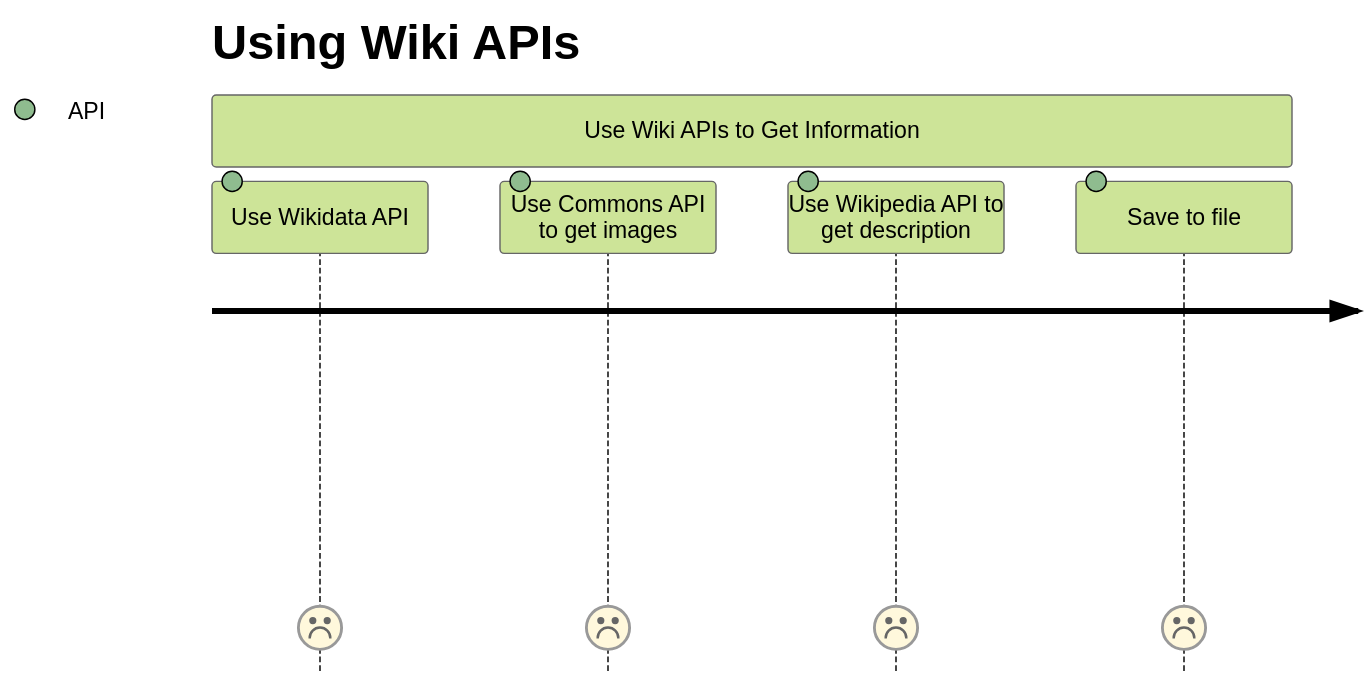
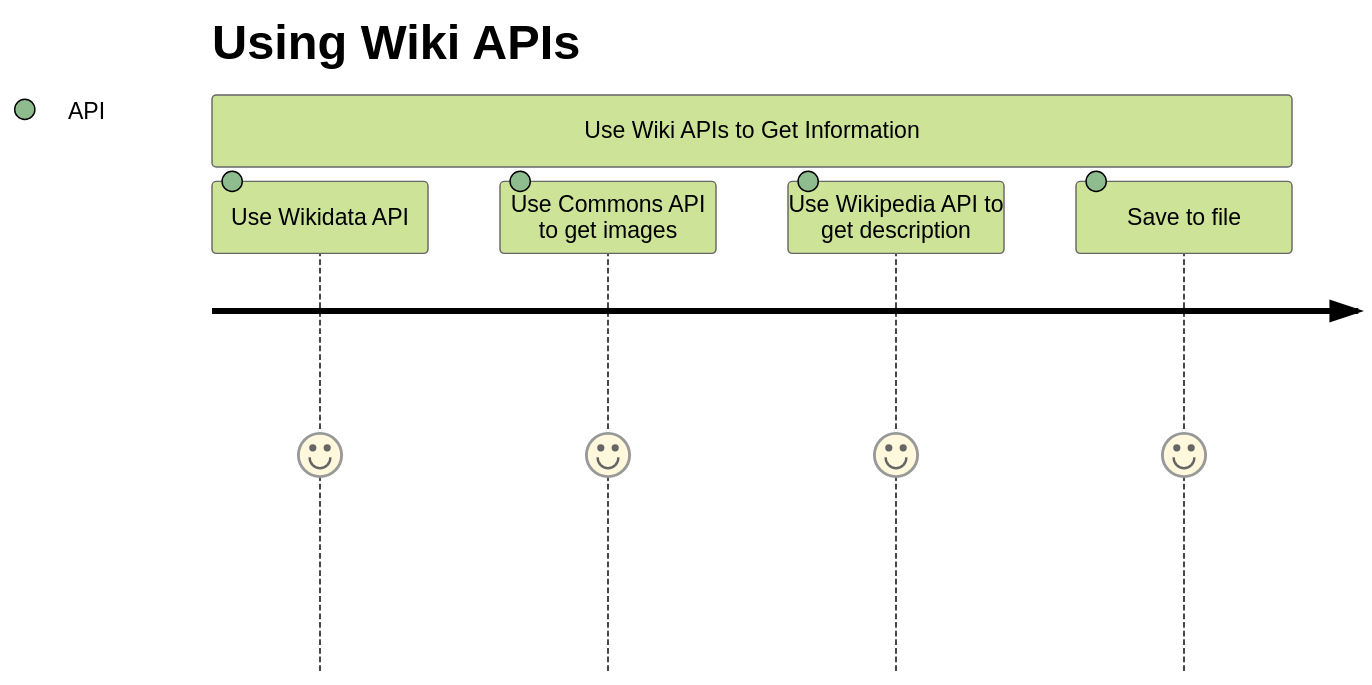
The second of 2 diagrams in api/docs/ingest.md (mertturkmenoglu/wanderlust), drawn with Mermaid (forest theme) before and after one commit. The commit also changed other lines of this file, not shown here.

Commit message:
update ingest diagram

````diff
--- a/api/docs/ingest.md
+++ b/api/docs/ingest.md
@@ -20,9 +20,9 @@
 ```mermaid
 journey
   title Using Wiki APIs
   section Use Wiki APIs to Get Information
-    Use Wikidata API: 1: API
-    Use Commons API to get images: 1: API
-    Use Wikipedia API to get description: 1: API
-    Save to file: 1: API
+    Use Wikidata API: 5: API
+    Use Commons API to get images: 5: API
+    Use Wikipedia API to get description: 5: API
+    Save to file: 5: API
 ```
````
